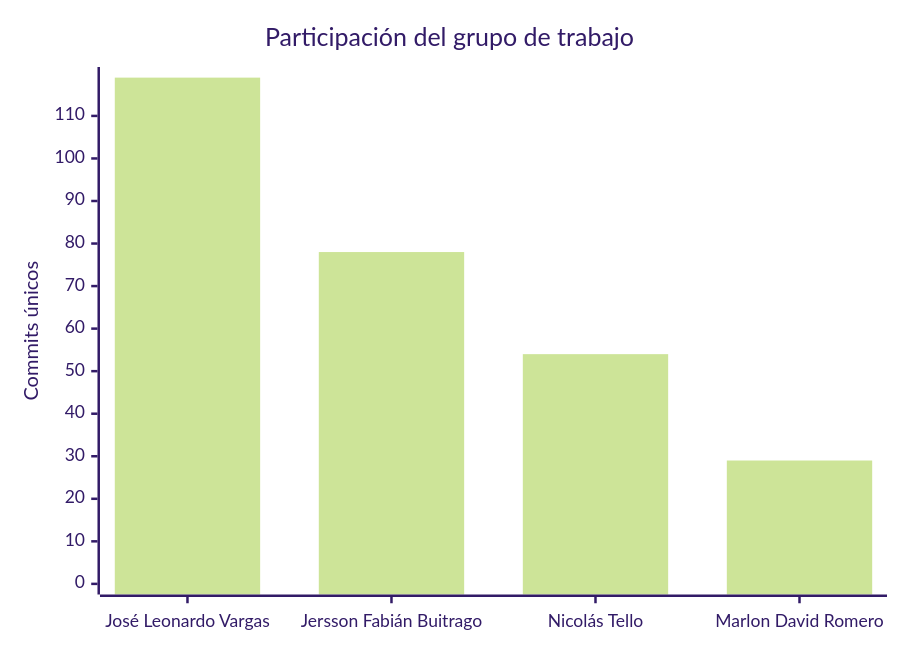
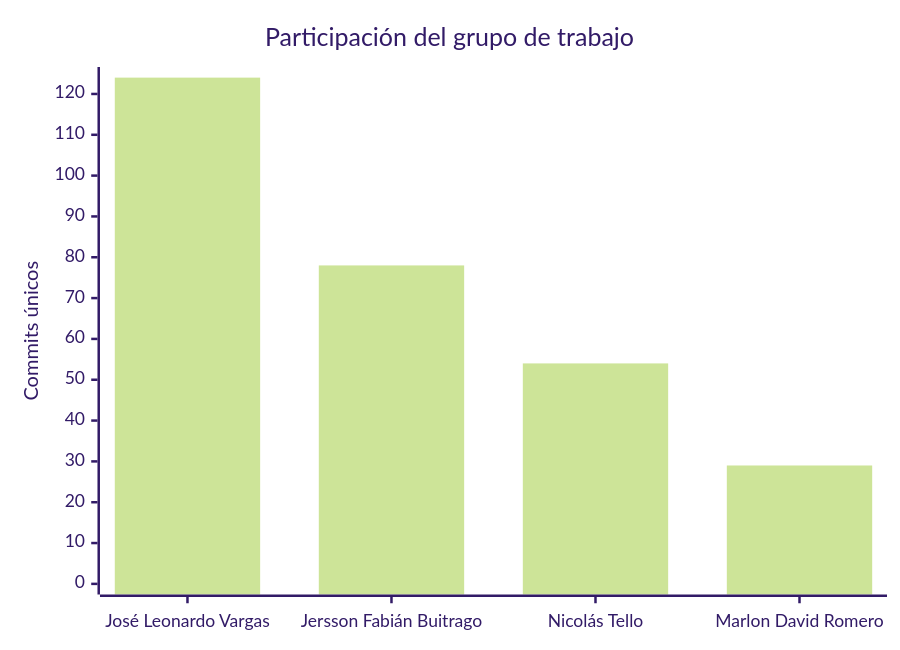
One commit to FarmaExpres/FarmaExpres changed the second of 2 diagrams in README.md. Above: the diagram before and after it, drawn with Mermaid (forest theme). The commit also changed other lines of this file and 1 other file, not shown here.

````diff
--- a/README.md
+++ b/README.md
@@ -401,7 +401,7 @@
 ```mermaid
 xychart-beta
     title "Participación del grupo de trabajo"
     x-axis ["José Leonardo Vargas", "Jersson Fabián Buitrago", "Nicolás Tello", "Marlon David Romero"]
-    y-axis "Commits únicos" 0 --> 119
-    bar [119, 78, 54, 29]
+    y-axis "Commits únicos" 0 --> 124
+    bar [124, 78, 54, 29]
 ```
````
